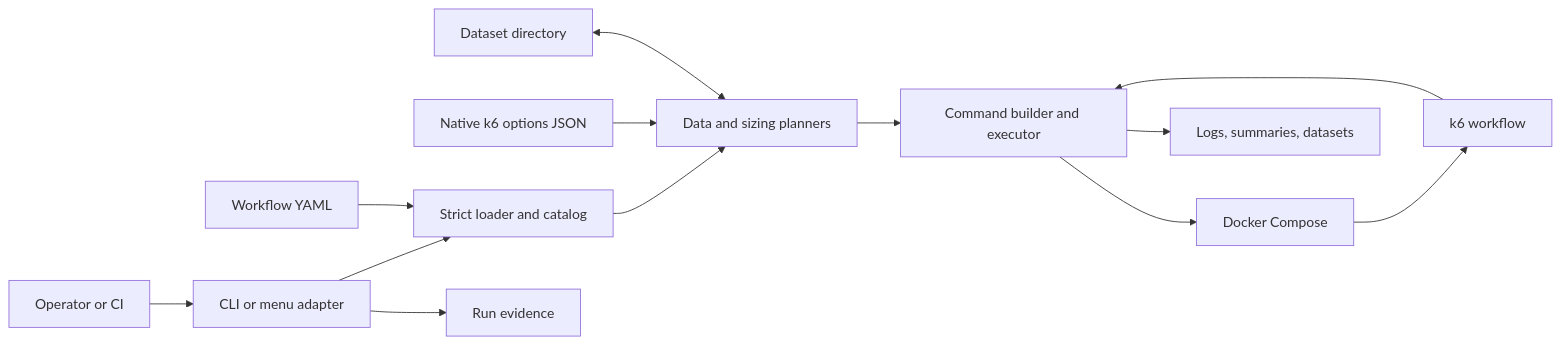
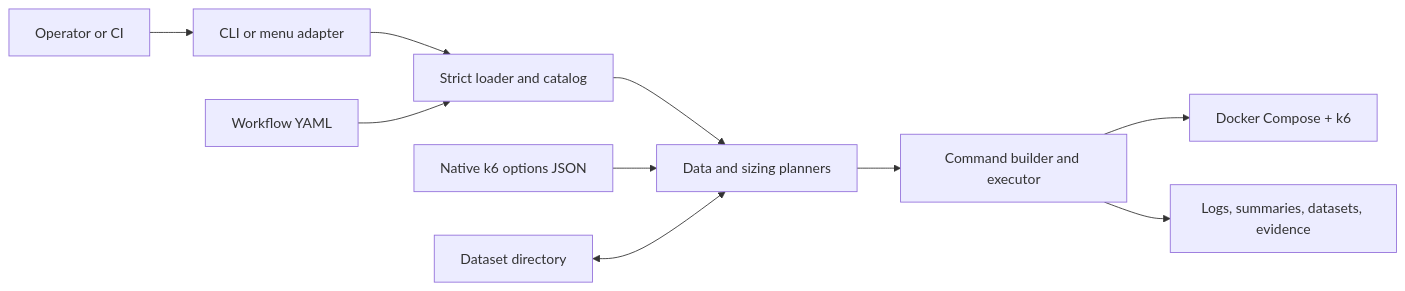
One commit to nicopizar00/punch changed the diagram in docs/architecture/reference-architecture-and-implementation-guide.md. Above: the diagram before and after it, drawn with Mermaid. The commit also changed other lines of this file, not shown here.

First line of the commit message:
docs(architecture): lean reference guide

````diff
--- a/docs/architecture/reference-architecture-and-implementation-guide.md
+++ b/docs/architecture/reference-architecture-and-implementation-guide.md
@@ -33,15 +24,12 @@
 ```mermaid
 flowchart LR
   User["Operator or CI"] --> Adapter["CLI or menu adapter"]
   Adapter --> Loader["Strict loader and catalog"]
   Loader --> Planner["Data and sizing planners"]
   Planner --> Executor["Command builder and executor"]
   Workflows["Workflow YAML"] --> Loader
   Options["Native k6 options JSON"] --> Planner
   Data["Dataset directory"] <--> Planner
-  Executor --> Compose["Docker Compose"]
-  Compose --> K6["k6 workflow"]
-  K6 --> Executor
-  Executor --> Artifacts["Logs, summaries, datasets"]
-  Adapter --> Evidence["Run evidence"]
+  Executor --> Compose["Docker Compose + k6"]
+  Executor --> Artifacts["Logs, summaries, datasets, evidence"]
 ```
````
